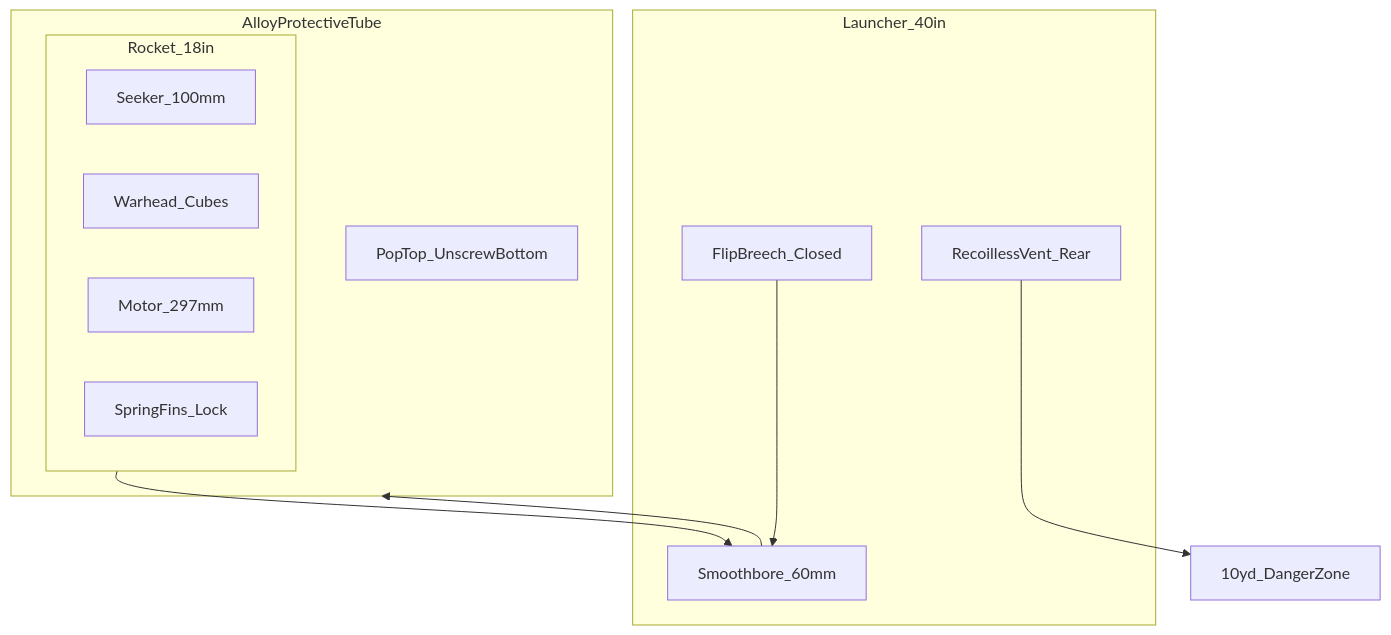
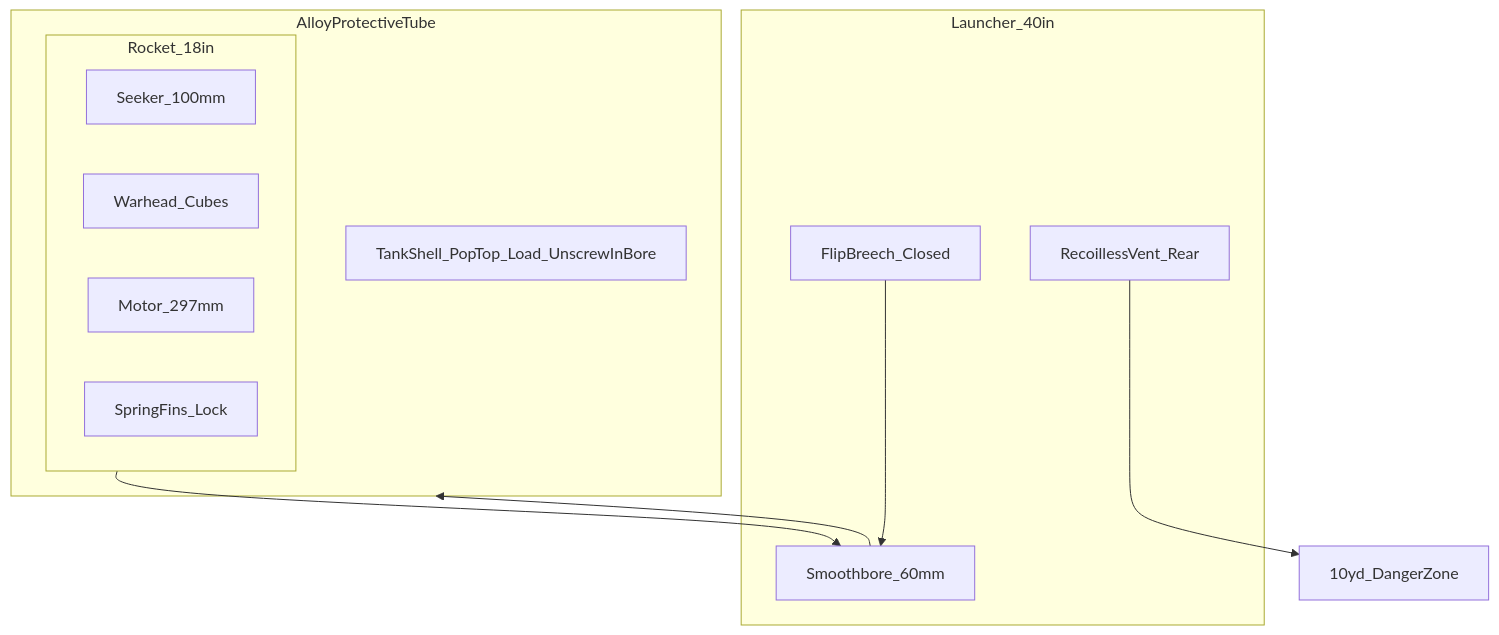
The second of 5 diagrams in docs/06-system-description.md (FratresMedAI/RADR-mk.60), drawn with Mermaid before and after one commit. The commit also changed other lines of this file and 22 other files, not shown here.

First line of the commit message:
Lock range envelope, tank-shell load sequence, and rocket CAD spec.

````diff
--- a/docs/06-system-description.md
+++ b/docs/06-system-description.md
@@ -47,21 +47,21 @@
 ```mermaid
 flowchart TB
   subgraph Launcher [Launcher_40in]
     Bore[Smoothbore_60mm]
     BreechBlock[FlipBreech_Closed]
     Vent[RecoillessVent_Rear]
   end
   subgraph Tube [AlloyProtectiveTube]
-    ClosuresOpen[PopTop_UnscrewBottom]
+    TubeReady[TankShell_PopTop_Load_UnscrewInBore]
     subgraph Rocket [Rocket_18in]
       Seeker[Seeker_100mm]
       WH[Warhead_Cubes]
       Motor[Motor_297mm]
       Fins[SpringFins_Lock]
     end
   end
   BreechBlock --> Bore
   Bore --> Tube
   Rocket --> Bore
   Vent --> VentNote[10yd_DangerZone]
 ```
````
